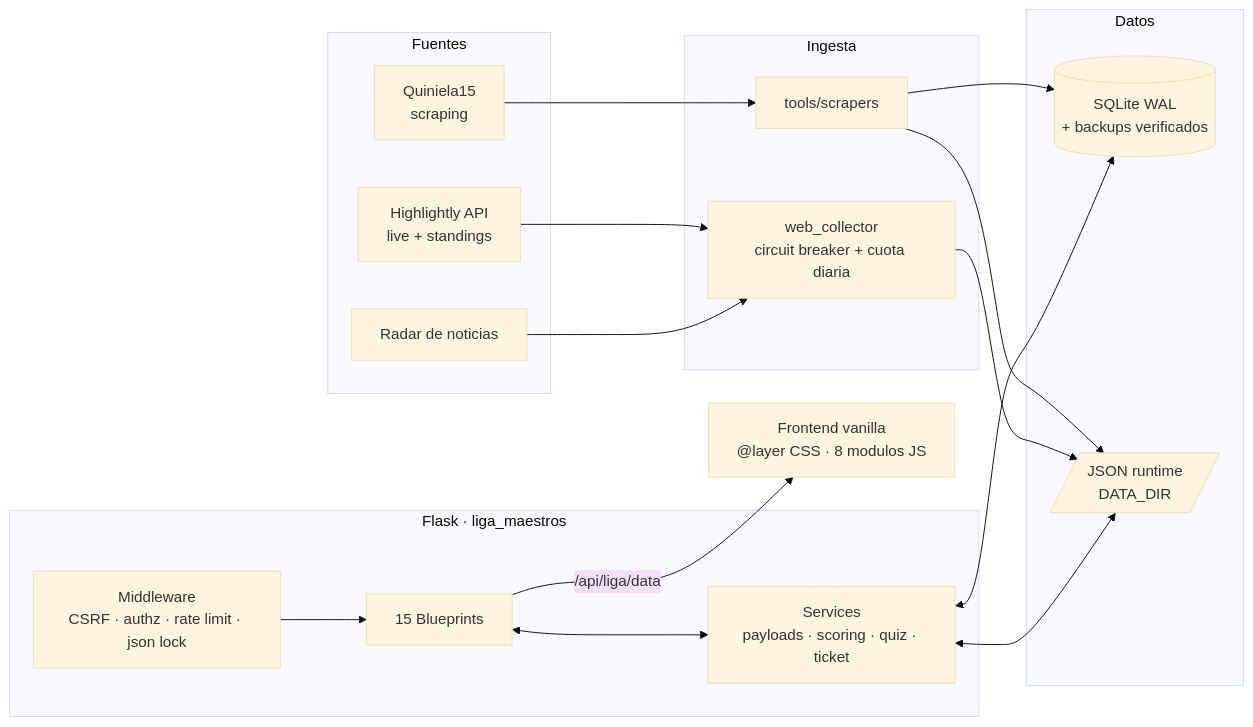
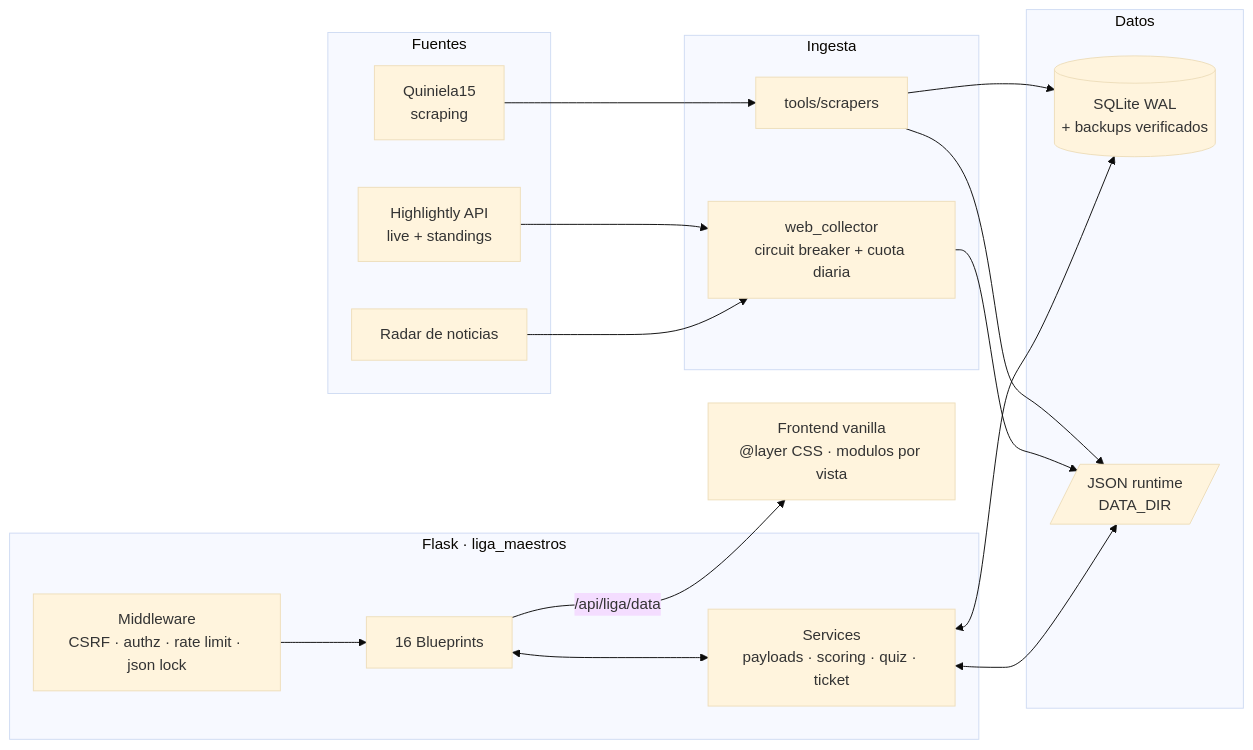
One commit to Purplerave/liga-maestros-web changed the first of 2 diagrams in README.md. Above: the diagram before and after it, drawn with Mermaid (base theme). The commit also changed other lines of this file and 25 other files, not shown here.

````diff
--- a/README.md
+++ b/README.md
@@ -32,30 +32,30 @@
 ```mermaid
 flowchart LR
   subgraph Fuentes
     Q15[Quiniela15<br/>scraping]
     HL[Highlightly API<br/>live + standings]
     NEWS[Radar de noticias]
   end
   subgraph Ingesta
     SCR[tools/scrapers]
     COL[web_collector<br/>circuit breaker + cuota diaria]
   end
   subgraph Nucleo["Flask · liga_maestros"]
-    RT[15 Blueprints]
+    RT[16 Blueprints]
     SV[Services<br/>payloads · scoring · quiz · ticket]
     MW[Middleware<br/>CSRF · authz · rate limit · json lock]
   end
   subgraph Datos
     DB[(SQLite WAL<br/>+ backups verificados)]
     JS[/JSON runtime<br/>DATA_DIR/]
   end
-  UI[Frontend vanilla<br/>@layer CSS · 8 modulos JS]
+  UI[Frontend vanilla<br/>@layer CSS · modulos por vista]
   Q15-->SCR-->JS
   HL-->COL-->JS
   NEWS-->COL
   SCR-->DB
   RT<-->SV<-->DB
   SV<-->JS
   MW-->RT
   RT-->|/api/liga/data|UI
 ```
````
